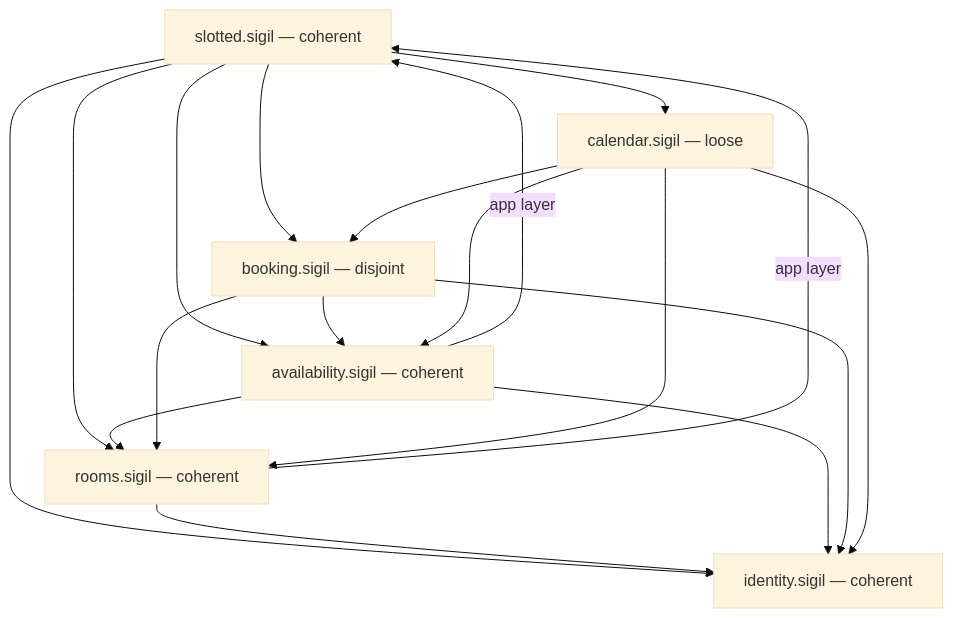
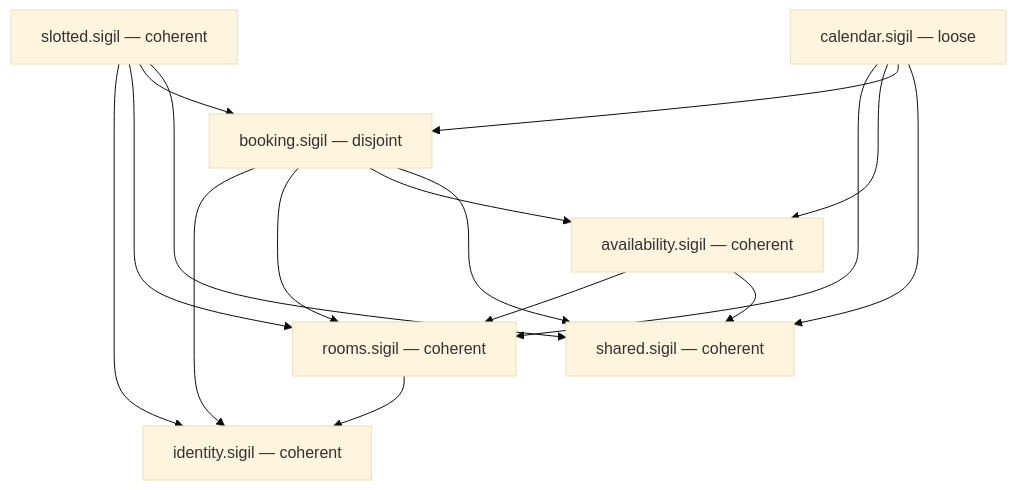
One commit to farhoud/sigil changed the first of 2 diagrams in docs/plans/2026-09-24-0924-feat-slotted-compute-demo-plan.md. Above: the diagram before and after it, drawn with Mermaid (base theme). The commit also changed other lines of this file and 7 other files, not shown here.

First line of the commit message:
feat(examples): add SharedKernel and plant the four computed-demo problems in Slotted

````diff
--- a/docs/plans/2026-09-24-0924-feat-slotted-compute-demo-plan.md
+++ b/docs/plans/2026-09-24-0924-feat-slotted-compute-demo-plan.md
@@ -203,20 +208,18 @@
 ```mermaid
 flowchart TB
   slotted["slotted.sigil — coherent"] --> identity["identity.sigil — coherent"]
   slotted --> rooms["rooms.sigil — coherent"]
-  slotted --> avail["availability.sigil — coherent"]
   slotted --> booking["booking.sigil — disjoint"]
-  slotted --> calendar["calendar.sigil — loose"]
+  slotted --> shared["shared.sigil — coherent"]
   rooms --> identity
-  rooms -->|app layer| slotted
-  avail --> identity
-  avail --> rooms
-  avail -->|app layer| slotted
+  avail["availability.sigil — coherent"] --> rooms
+  avail --> shared
   booking --> identity
   booking --> rooms
   booking --> avail
-  calendar --> identity
-  calendar --> rooms
+  booking --> shared
+  calendar["calendar.sigil — loose"] --> rooms
   calendar --> avail
   calendar --> booking
+  calendar --> shared
 ```
````
